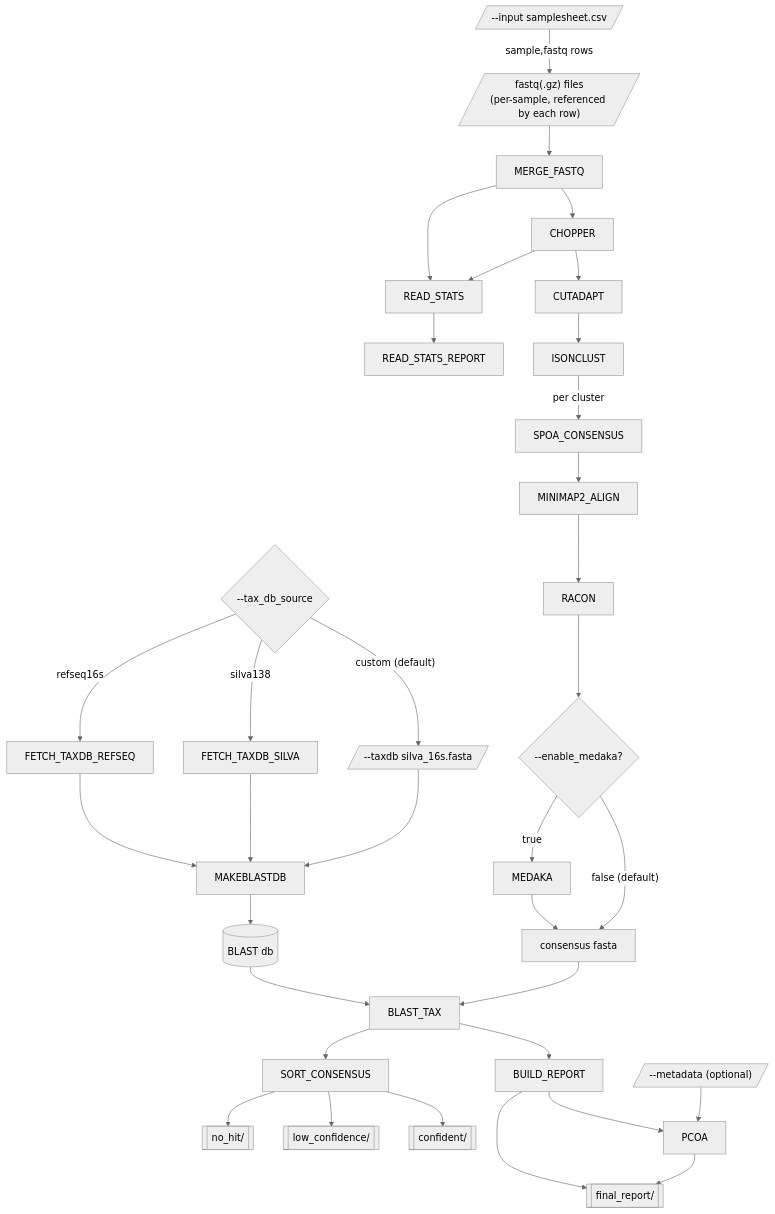
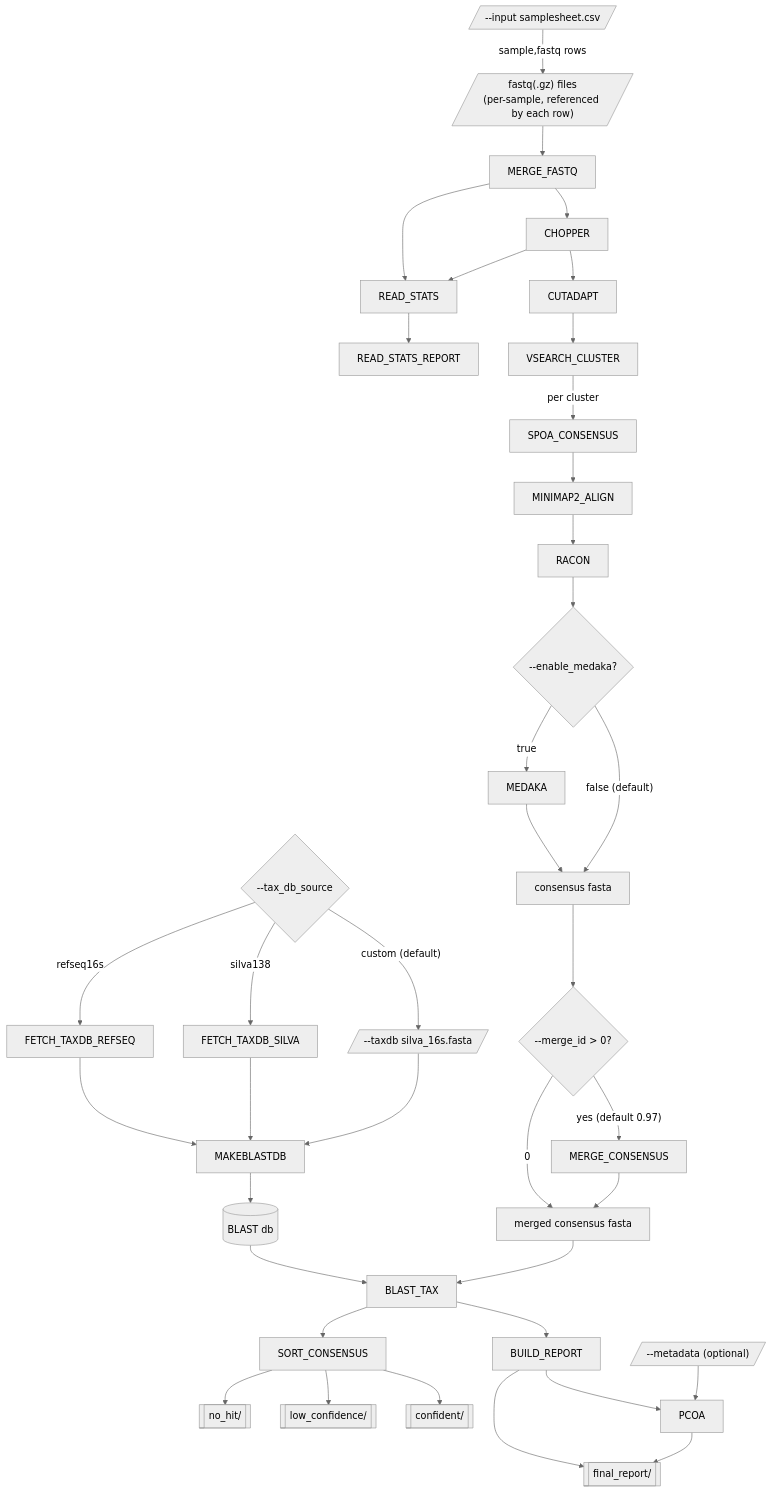
Before and after one commit to ehill-iolani/16S-nf: the diagram in README.md, drawn with Mermaid (neutral theme). The commit also changed other lines of this file and 10 other files, not shown here.

Commit message:
replace isONclust with vsearch clustering; add consensus merge and abundance flag

````diff
--- a/README.md
+++ b/README.md
@@ -110,37 +113,41 @@
 ```mermaid
 flowchart TD
     tax_db_source{"--tax_db_source"}
     tax_db_source -->|"custom (default)"| taxdb[/"--taxdb silva_16s.fasta"/]
     tax_db_source -->|"silva138"| FETCH_TAXDB_SILVA
     tax_db_source -->|"refseq16s"| FETCH_TAXDB_REFSEQ
     taxdb --> MAKEBLASTDB
     FETCH_TAXDB_SILVA --> MAKEBLASTDB
     FETCH_TAXDB_REFSEQ --> MAKEBLASTDB
     MAKEBLASTDB --> blastdb[("BLAST db")]
 
     reads[/"--input samplesheet.csv"/] -->|"sample,fastq rows"| fastqs[/"fastq(.gz) files\n(per-sample, referenced by each row)"/]
-    fastqs --> MERGE_FASTQ --> CHOPPER --> CUTADAPT --> ISONCLUST
+    fastqs --> MERGE_FASTQ --> CHOPPER --> CUTADAPT --> VSEARCH_CLUSTER
     MERGE_FASTQ --> READ_STATS
     CHOPPER --> READ_STATS
     READ_STATS --> READ_STATS_REPORT
-    ISONCLUST -->|"per cluster"| SPOA_CONSENSUS --> MINIMAP2_ALIGN --> RACON
+    VSEARCH_CLUSTER -->|"per cluster"| SPOA_CONSENSUS --> MINIMAP2_ALIGN --> RACON
 
     RACON --> medaka_check{"--enable_medaka?"}
     medaka_check -->|"false (default)"| consensus["consensus fasta"]
     medaka_check -->|"true"| MEDAKA --> consensus
 
-    consensus --> BLAST_TAX
+    consensus --> merge_check{"--merge_id > 0?"}
+    merge_check -->|"yes (default 0.97)"| MERGE_CONSENSUS --> merged["merged consensus fasta"]
+    merge_check -->|"0"| merged
+
+    merged --> BLAST_TAX
     blastdb --> BLAST_TAX
 
     BLAST_TAX --> BUILD_REPORT
     BLAST_TAX --> SORT_CONSENSUS
 
     metadata[/"--metadata (optional)"/] --> PCOA
     BUILD_REPORT --> PCOA
 
     BUILD_REPORT --> report[["final_report/"]]
     PCOA --> report
     SORT_CONSENSUS --> confident[["confident/"]]
     SORT_CONSENSUS --> lowconf[["low_confidence/"]]
     SORT_CONSENSUS --> nohit[["no_hit/"]]
 ```
````
